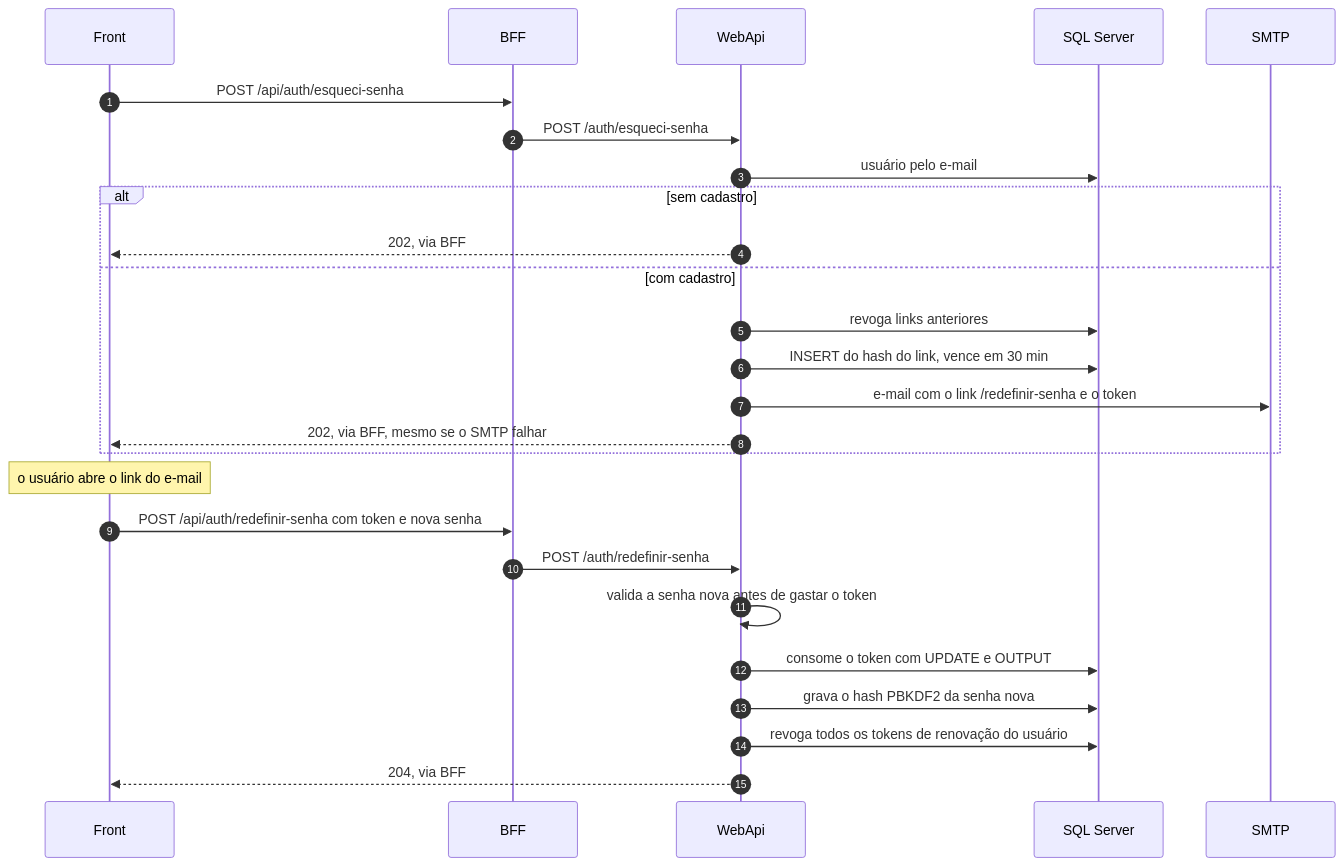
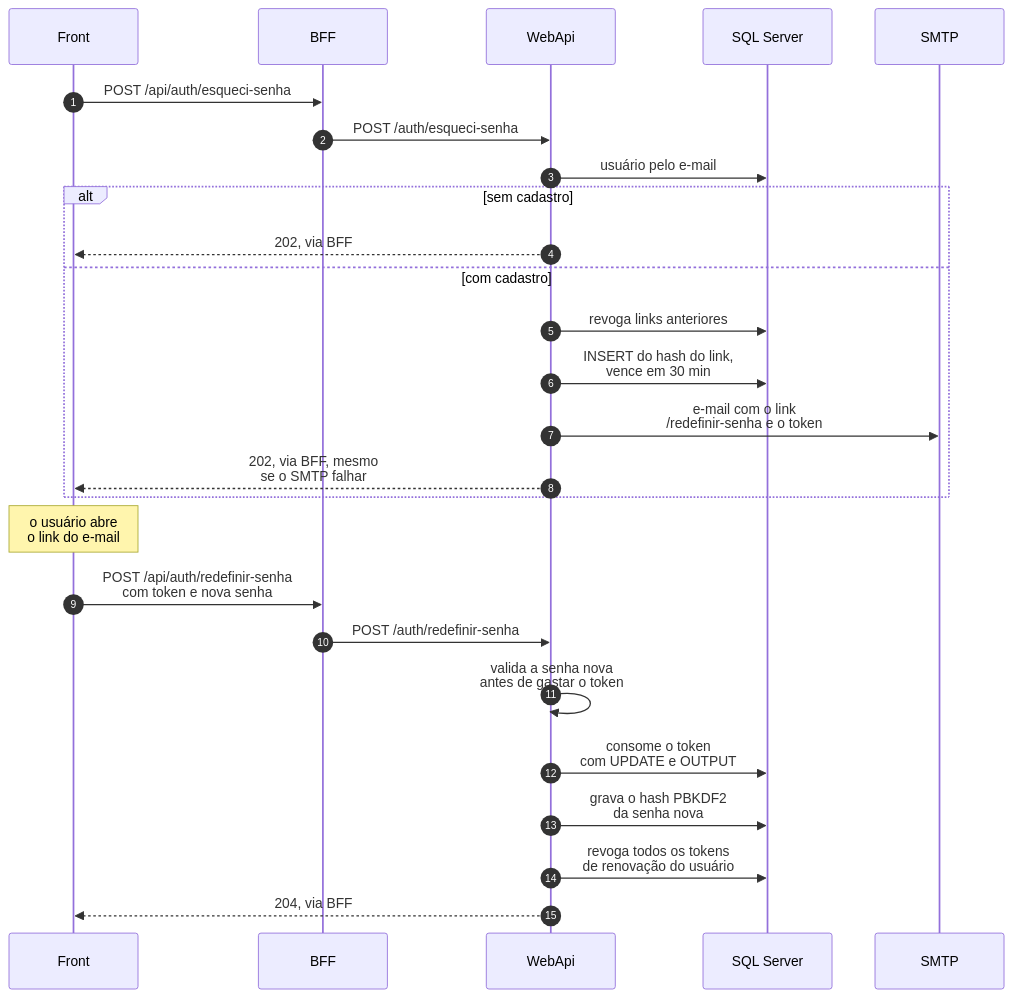
Diagram 23 of 23 in docs/arquitetura/software/02-c4-componentes-e-codigo.md (michellerodrigues/lancamentos-diarios-poc), drawn with Mermaid before and after one commit. The commit also changed other lines of this file and 45 other files, not shown here.

````diff
--- a/docs/arquitetura/software/02-c4-componentes-e-codigo.md
+++ b/docs/arquitetura/software/02-c4-componentes-e-codigo.md
@@ -899,28 +1031,28 @@
 ```mermaid
 sequenceDiagram
     autonumber
     participant F as Front
     participant B as BFF
     participant W as WebApi
     participant DB as SQL Server
     participant M as SMTP
     F->>B: POST /api/auth/esqueci-senha
     B->>W: POST /auth/esqueci-senha
     W->>DB: usuário pelo e-mail
     alt sem cadastro
         W-->>F: 202, via BFF
     else com cadastro
         W->>DB: revoga links anteriores
-        W->>DB: INSERT do hash do link, vence em 30 min
-        W->>M: e-mail com o link /redefinir-senha e o token
-        W-->>F: 202, via BFF, mesmo se o SMTP falhar
+        W->>DB: INSERT do hash do link,<br/>vence em 30 min
+        W->>M: e-mail com o link<br/>/redefinir-senha e o token
+        W-->>F: 202, via BFF, mesmo<br/>se o SMTP falhar
     end
-    Note over F: o usuário abre o link do e-mail
-    F->>B: POST /api/auth/redefinir-senha com token e nova senha
+    Note over F: o usuário abre<br/>o link do e-mail
+    F->>B: POST /api/auth/redefinir-senha<br/>com token e nova senha
     B->>W: POST /auth/redefinir-senha
-    W->>W: valida a senha nova antes de gastar o token
-    W->>DB: consome o token com UPDATE e OUTPUT
-    W->>DB: grava o hash PBKDF2 da senha nova
-    W->>DB: revoga todos os tokens de renovação do usuário
+    W->>W: valida a senha nova<br/>antes de gastar o token
+    W->>DB: consome o token<br/>com UPDATE e OUTPUT
+    W->>DB: grava o hash PBKDF2<br/>da senha nova
+    W->>DB: revoga todos os tokens<br/>de renovação do usuário
     W-->>F: 204, via BFF
 ```
````
